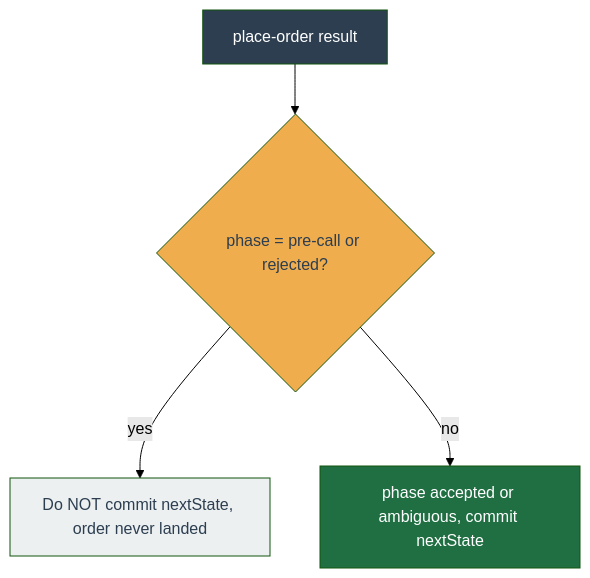
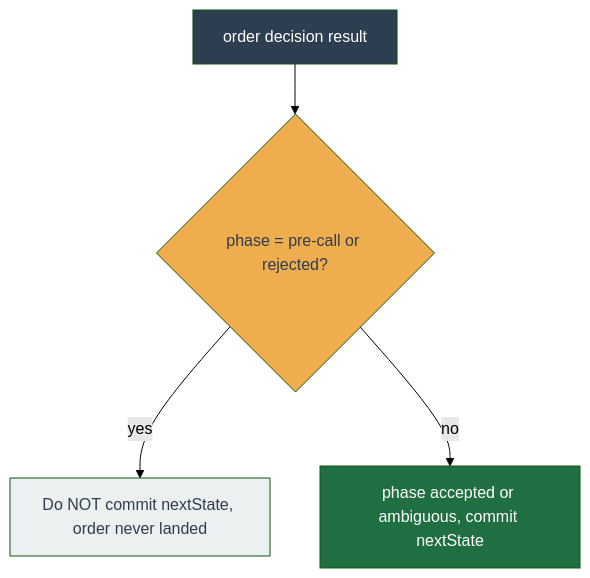
The diagram in docs/architecture/worker-pipeline.md (chrisleekr/binance-trading-bot), drawn with Mermaid (forest theme) before and after one commit. The commit also changed other lines of this file and 41 other files, not shown here.

Commit message:
feat(worker): add a replace-order decision backed by Binance cancelReplace (#775)

````diff
--- a/docs/architecture/worker-pipeline.md
+++ b/docs/architecture/worker-pipeline.md
@@ -327,17 +328,17 @@
 ```mermaid
 flowchart TD
-    Result["place-order result"]:::io
+    Result["order decision result"]:::io
     PhaseGate{"phase = pre-call or rejected?"}:::gate
     NoCommit["Do NOT commit nextState, order never landed"]:::wait
     Commit["phase accepted or ambiguous, commit nextState"]:::act
 
     Result --> PhaseGate
     PhaseGate -->|yes| NoCommit
     PhaseGate -->|no| Commit
 
     classDef io fill:#2c3e50,color:#ffffff;
     classDef core fill:#1f6f43,color:#ffffff;
     classDef gate fill:#f0ad4e,color:#2c3e50;
     classDef act fill:#1f6f43,color:#ffffff;
     classDef wait fill:#ecf0f1,color:#2c3e50;
 ```
````
